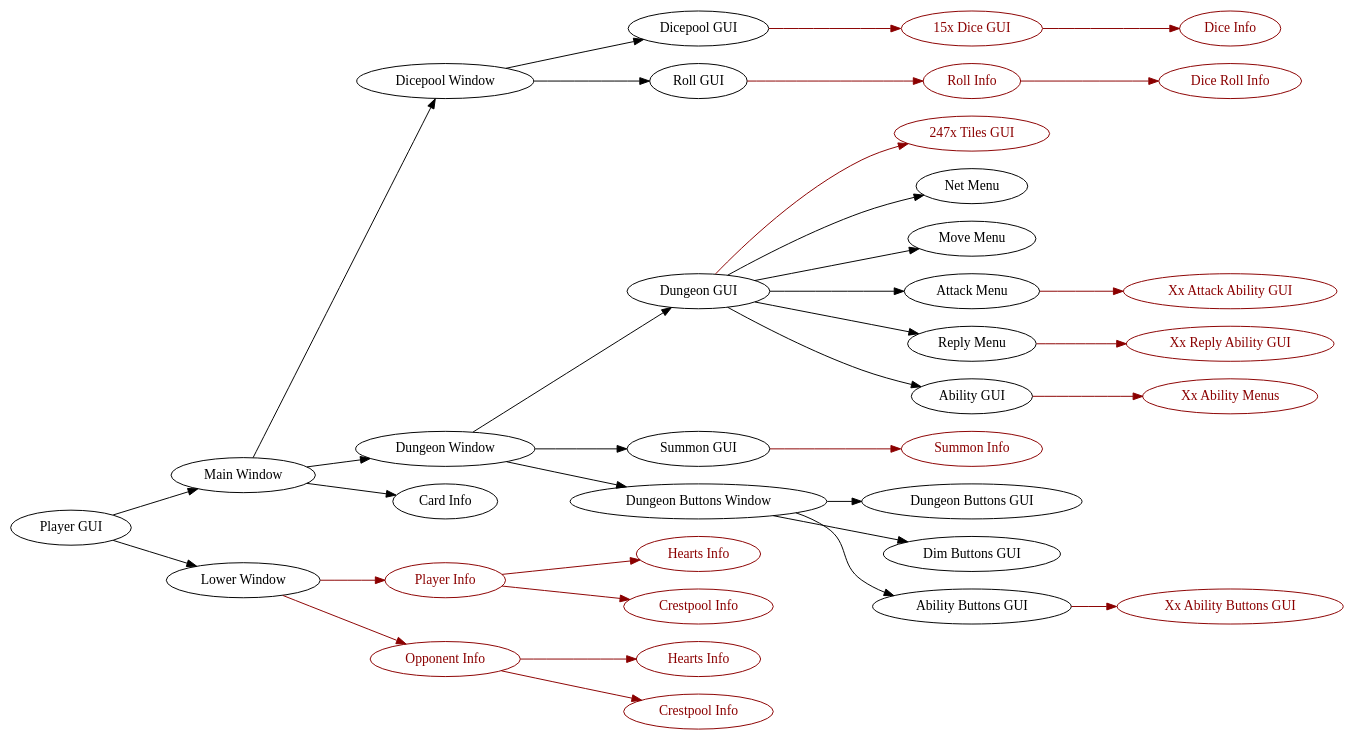
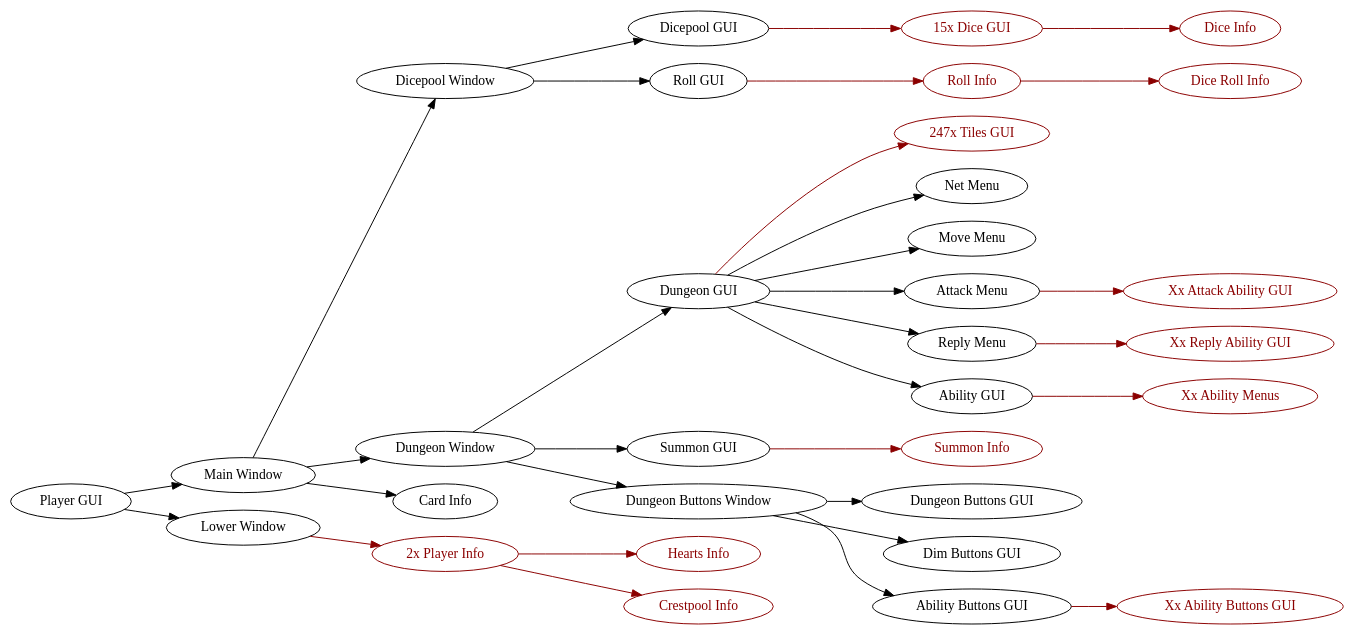
The diagram in documentation/diagrams/player_gui.dot (francocurotto/DDMre), drawn with Graphviz before and after one commit. The commit also changed 18 other files, not shown here.

Commit message:
finish lower window refactor

```diff
--- a/documentation/diagrams/player_gui.dot
+++ b/documentation/diagrams/player_gui.dot
@@ -1,24 +1,22 @@
 digraph player_gui {
     rankdir=LR
     "Player GUI" -> {"Main Window", "Lower Window"}
     "Main Window" -> {"Dicepool Window", "Dungeon Window", "Card Info"}
     "Dicepool Window" -> {"Dicepool GUI", "Roll GUI"}
     "Dicepool GUI" -> {"15x Dice GUI"[color=darkred, fontcolor=darkred]} [color=darkred]
     "15x Dice GUI" -> {"Dice Info"[color=darkred, fontcolor=darkred]} [color=darkred]
     "Roll GUI" -> {"Roll Info"[color=darkred, fontcolor=darkred]} [color=darkred]
     "Roll Info" -> {"Dice Roll Info"[color=darkred, fontcolor=darkred]} [color=darkred]
     "Dungeon Window" -> {"Dungeon GUI", "Summon GUI", "Dungeon Buttons Window"}
     "Dungeon GUI" -> {"247x Tiles GUI" [color=darkred, fontcolor=darkred]} [color=darkred]
     "Dungeon GUI" -> {"Net Menu", "Move Menu", "Attack Menu", "Reply Menu", "Ability GUI"}
     "Attack Menu" -> {"Xx Attack Ability GUI"[color=darkred, fontcolor=darkred]} [color=darkred]
     "Reply Menu" -> {"Xx Reply Ability GUI"[color=darkred, fontcolor=darkred]} [color=darkred]
     "Ability GUI" -> {"Xx Ability Menus"[color=darkred, fontcolor=darkred]} [color=darkred]
     "Summon GUI" -> {"Summon Info"[color=darkred, fontcolor=darkred]} [color=darkred]
     "Dungeon Buttons Window" -> {"Dungeon Buttons GUI", "Dim Buttons GUI", "Ability Buttons GUI"}
     "Ability Buttons GUI" -> {"Xx Ability Buttons GUI"[color=darkred, fontcolor=darkred]} [color=darkred]
-    "Lower Window" -> {"Player Info", "Opponent Info"[color=darkred, fontcolor=darkred]} [color=darkred]
-    "Player Info" -> {"Hearts Info1"[label="Hearts Info", color=darkred, fontcolor=darkred]} [color=darkred] 
-    "Player Info" -> {"Crestpool Info1"[label="Crestpool Info", color=darkred, fontcolor=darkred]} [color=darkred]
-    "Opponent Info" -> {"Hearts Info2"[label="Hearts Info", color=darkred, fontcolor=darkred]} [color=darkred] 
-    "Opponent Info" -> {"Crestpool Info2"[label="Crestpool Info", color=darkred, fontcolor=darkred]} [color=darkred]
+    "Lower Window" -> {"2x Player Info"[color=darkred, fontcolor=darkred]} [color=darkred]
+    "2x Player Info" -> {"Hearts Info"[color=darkred, fontcolor=darkred]} [color=darkred] 
+    "2x Player Info" -> {"Crestpool Info"[color=darkred, fontcolor=darkred]} [color=darkred]
 }
```
